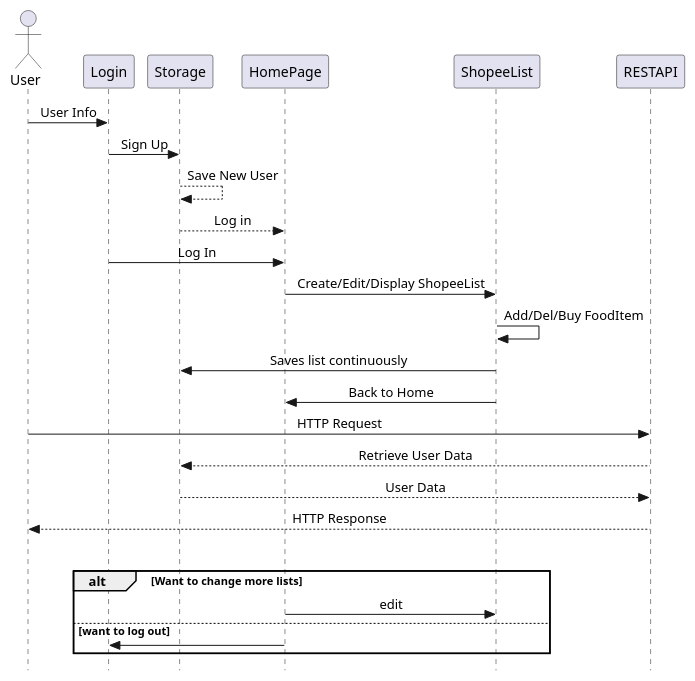
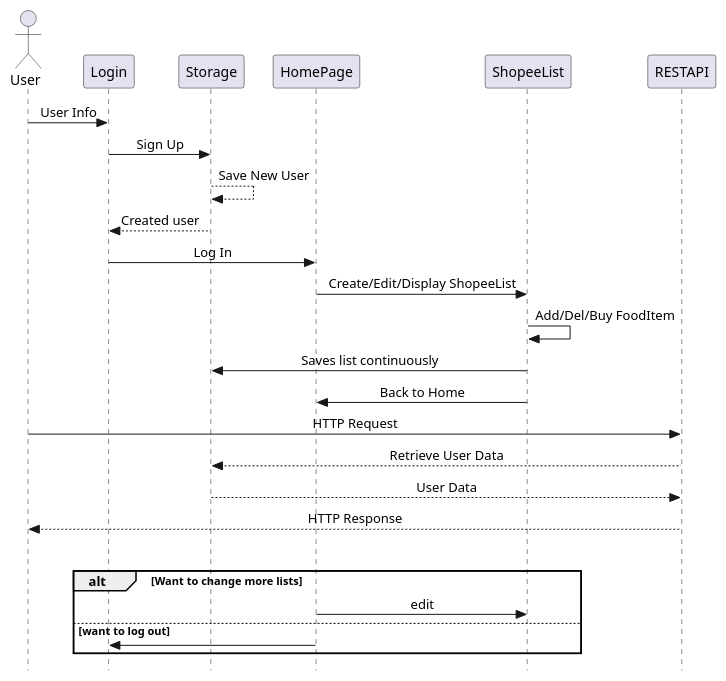
One commit to unemstimo/Shopee changed the diagram in diagrams/sequence.plantuml. Above: the diagram before and after it, drawn with PlantUML.

Commit message:
Updated the sequence diagram

```diff
--- a/diagrams/sequence.plantuml
+++ b/diagrams/sequence.plantuml
@@ -1,35 +1,35 @@
 @startuml Shopee
 
 
  skinparam Style strictuml
  skinparam SequenceMessageAlignment center
 
 
 
  actor User 
  User -> Login : User Info
  Login -> Storage : Sign Up
  Storage --> Storage : Save New User
- Storage --> HomePage : Log in
+ Storage --> Login : Created user
  Login -> HomePage: Log In
  HomePage -> ShopeeList : Create/Edit/Display ShopeeList
  ShopeeList -> ShopeeList : Add/Del/Buy FoodItem 
  ShopeeList -> Storage : Saves list continuously
  ShopeeList -> HomePage : Back to Home
  
 
  'This might be the wrong representation of the restapi??
  User -> RESTAPI : HTTP Request
  RESTAPI --> Storage : Retrieve User Data
  Storage --> RESTAPI : User Data
  RESTAPI --> User : HTTP Response
 
 
  loop endre
  alt Want to change more lists
      HomePage -> ShopeeList : edit 
  else want to log out
      HomePage -> Login
 end 
 
 @enduml
```
